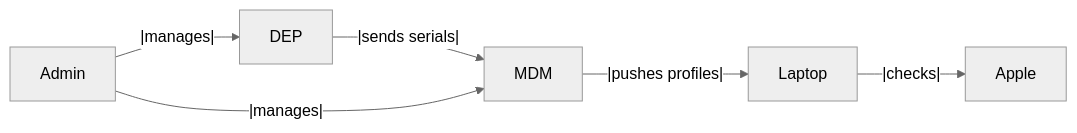
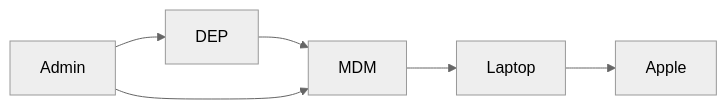
One commit to binarynomad/macbuild changed the diagram in README.md. Above: the diagram before and after it, drawn with Mermaid (neutral theme).

````diff
--- a/README.md
+++ b/README.md
@@ -5,7 +5,7 @@
 ```mermaid
 graph LR;
-DEP --|sends serials|--> MDM;
-MDM --|pushes profiles|-->Laptop;
-Laptop --|checks|--> Apple;
-Admin --|manages|--> DEP & MDM;
+DEP --> MDM;
+MDM -->Laptop;
+Laptop --> Apple;
+Admin --> DEP & MDM;
 ```
````
